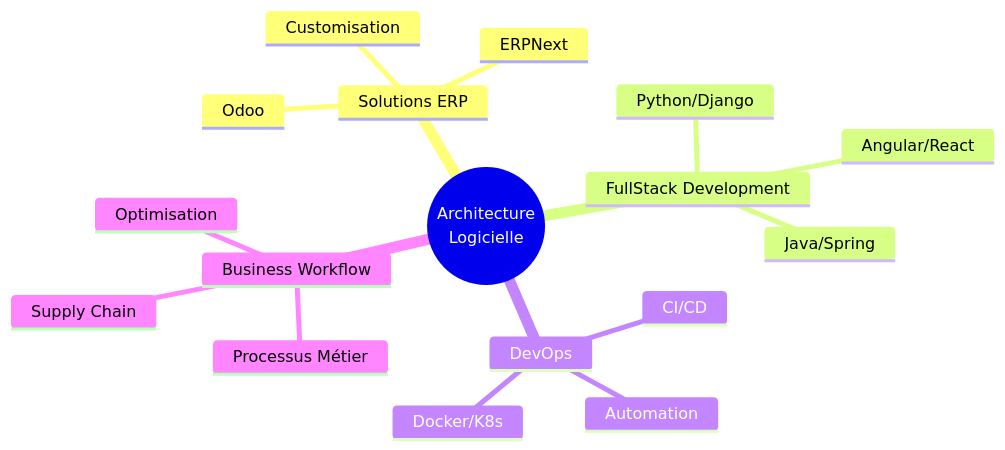
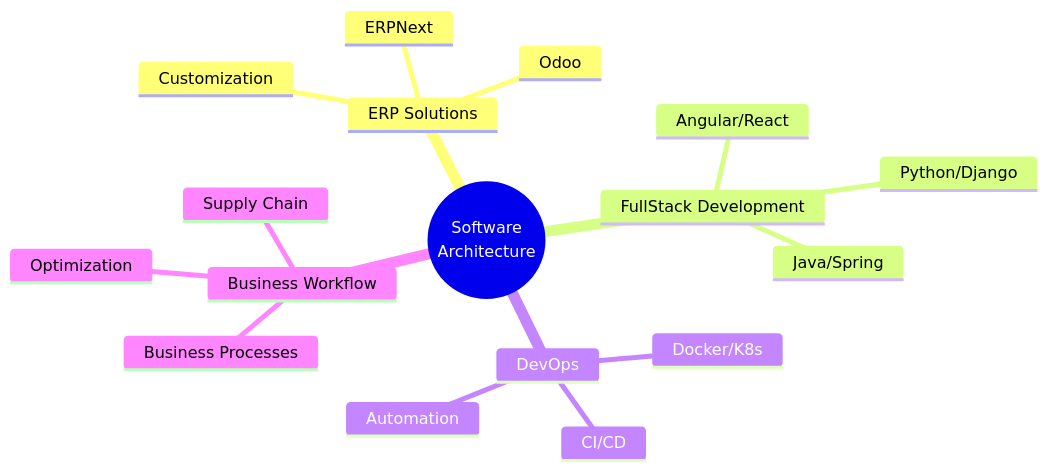
Before and after one commit to zoulou421/zoulou421: the diagram in README.md, drawn with Mermaid. The commit also changed other lines of this file, not shown here.

````diff
--- a/README.md
+++ b/README.md
@@ -62,21 +61,21 @@
 ```mermaid
 mindmap
-  root((Architecture
-    Logicielle))
-    Solutions ERP
+  root((Software
+    Architecture))
+    ERP Solutions
       Odoo
       ERPNext
-      Customisation
+      Customization
     FullStack Development
       Java/Spring
       Python/Django
       Angular/React
     DevOps
       CI/CD
       Docker/K8s
       Automation
     Business Workflow
       Supply Chain
-      Processus Métier
-      Optimisation
+      Business Processes
+      Optimization
 ```
````
